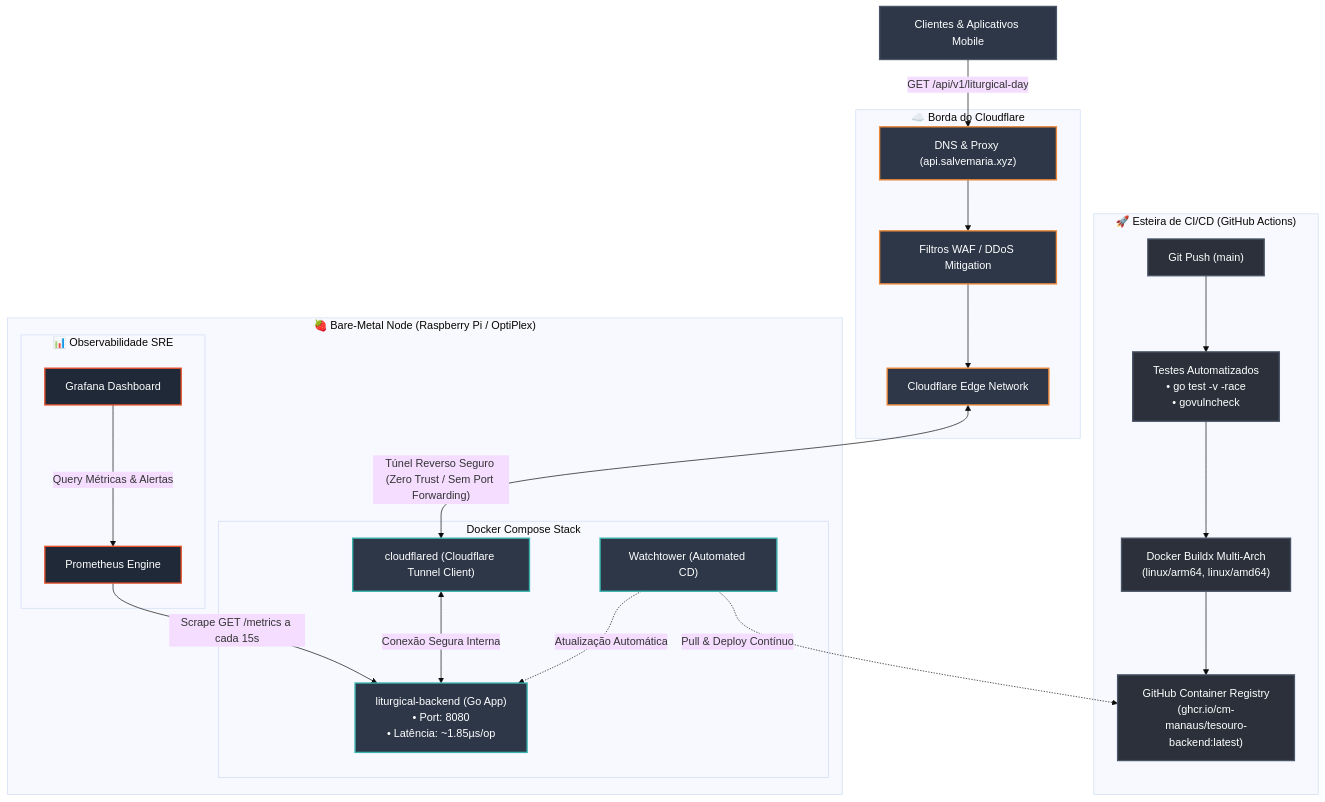
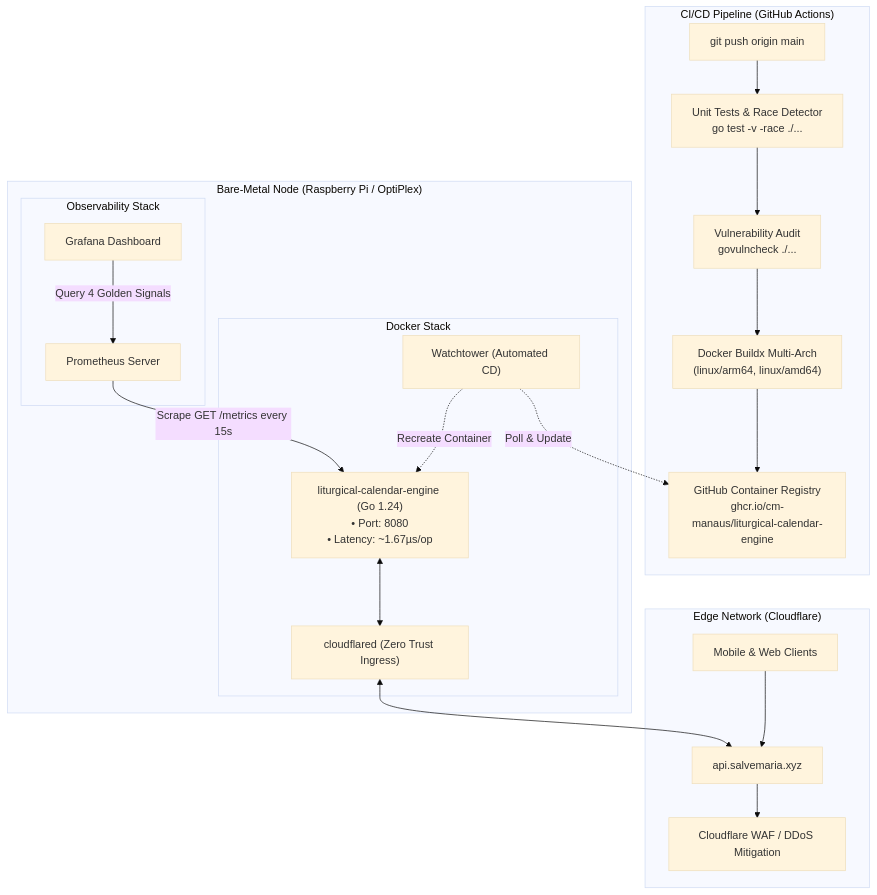
One commit to cm-manaus/liturgical-calendar-engine changed the diagram in README.md. Above: the diagram before and after it, drawn with Mermaid (base theme). The commit also changed other lines of this file and 9 other files, not shown here.

Commit message:
refactor: rename module to liturgical-calendar-engine, rewrite docs in English

````diff
--- a/README.md
+++ b/README.md
@@ -17,51 +25,28 @@
 ```mermaid
-graph TD
-    %% Estilo dos Nós
-    classDef dev fill:#2b303a,stroke:#4a5568,stroke-width:2px,color:#fff;
-    classDef server fill:#1a202c,stroke:#3182ce,stroke-width:2px,color:#fff;
-    classDef container fill:#2d3748,stroke:#38b2ac,stroke-width:2px,color:#fff;
-    classDef cloud fill:#2d3748,stroke:#ed8936,stroke-width:2px,color:#fff;
-    classDef client fill:#2d3748,stroke:#4a5568,stroke-width:2px,color:#fff;
-    classDef obs fill:#1f2937,stroke:#e6522c,stroke-width:2px,color:#fff;
-
-    subgraph dev_pipeline ["🚀 Esteira de CI/CD (GitHub Actions)"]
-        A["Git Push (main)"]:::dev
-        B["Testes Automatizados<br/>• go test -v -race<br/>• govulncheck"]:::dev
-        C["Docker Buildx Multi-Arch<br/>(linux/arm64, linux/amd64)"]:::dev
-        D["GitHub Container Registry<br/>(ghcr.io/cm-manaus/tesouro-backend:latest)"]:::dev
-
-        A --> B --> C --> D
+flowchart TD
+    subgraph CI_CD ["CI/CD Pipeline (GitHub Actions)"]
+        Push["git push origin main"] --> Tests["Unit Tests & Race Detector<br/>go test -v -race ./..."]
+        Tests --> Audit["Vulnerability Audit<br/>govulncheck ./..."]
+        Audit --> Build["Docker Buildx Multi-Arch<br/>(linux/arm64, linux/amd64)"]
+        Build --> Registry["GitHub Container Registry<br/>ghcr.io/cm-manaus/liturgical-calendar-engine"]
     end
 
-    subgraph cloudflare_edge ["☁️ Borda do Cloudflare"]
-        I["DNS & Proxy (api.salvemaria.xyz)"]:::cloud
-        J["Filtros WAF / DDoS Mitigation"]:::cloud
-        K["Cloudflare Edge Network"]:::cloud
-        
-        I --> J --> K
+    subgraph Edge ["Edge Network (Cloudflare)"]
+        Client["Mobile & Web Clients"] --> EdgeDNS["api.salvemaria.xyz"]
+        EdgeDNS --> WAF["Cloudflare WAF / DDoS Mitigation"]
     end
 
-    subgraph home_server ["🍓 Bare-Metal Node (Raspberry Pi / OptiPlex)"]
-        subgraph docker_compose ["Docker Compose Stack"]
-            F["liturgical-backend (Go App)<br/>• Port: 8080<br/>• Latência: ~1.85µs/op"]:::container
-            G["cloudflared (Cloudflare Tunnel Client)"]:::container
-            W["Watchtower (Automated CD)"]:::container
-            
-            G <-->|Conexão Segura Interna| F
-            W -.->|Pull & Deploy Contínuo| D
-            W -.->|Atualização Automática| F
+    subgraph Node ["Bare-Metal Node (Raspberry Pi / OptiPlex)"]
+        subgraph Docker ["Docker Stack"]
+            Tunnel["cloudflared (Zero Trust Ingress)"] <--> EdgeDNS
+            App["liturgical-calendar-engine (Go 1.24)<br/>• Port: 8080<br/>• Latency: ~1.67µs/op"] <--> Tunnel
+            Watchtower["Watchtower (Automated CD)"] -.->|Poll & Update| Registry
+            Watchtower -.->|Recreate Container| App
         end
 
-        subgraph observability ["📊 Observabilidade SRE"]
-            P["Prometheus Engine"]:::obs
-            H["Grafana Dashboard"]:::obs
-            
-            P -->|Scrape GET /metrics a cada 15s| F
-            H -->|Query Métricas & Alertas| P
+        subgraph SRE ["Observability Stack"]
+            Prometheus["Prometheus Server"] -->|Scrape GET /metrics every 15s| App
+            Grafana["Grafana Dashboard"] -->|Query 4 Golden Signals| Prometheus
         end
     end
-
-    %% Client Request Flow
-    L["Clientes & Aplicativos Mobile"]:::client -->|GET /api/v1/liturgical-day| I
-    K <-->|"Túnel Reverso Seguro (Zero Trust / Sem Port Forwarding)"| G
 ```
````
